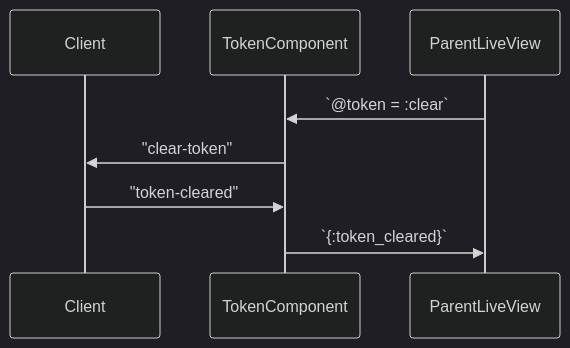
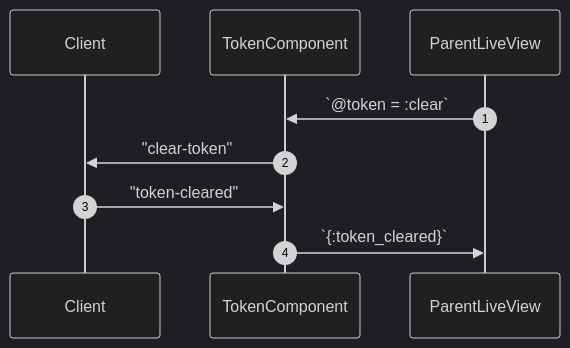
The fifth of 6 diagrams in README.md (liveshowy/webauthn_live_component), drawn with Mermaid (dark theme) before and after one commit. The commit also changed other lines of this file, not shown here.

Commit message:
autonumber diagrams

````diff
--- a/README.md
+++ b/README.md
@@ -127,11 +131,12 @@
 ```mermaid
 sequenceDiagram
+   autonumber
    participant Client
    participant TokenComponent
    participant ParentLiveView
 
    ParentLiveView->>TokenComponent: `@token = :clear`
    TokenComponent->>Client: "clear-token"
    Client->>TokenComponent: "token-cleared"
    TokenComponent->>ParentLiveView: `{:token_cleared}`
 ```
````
